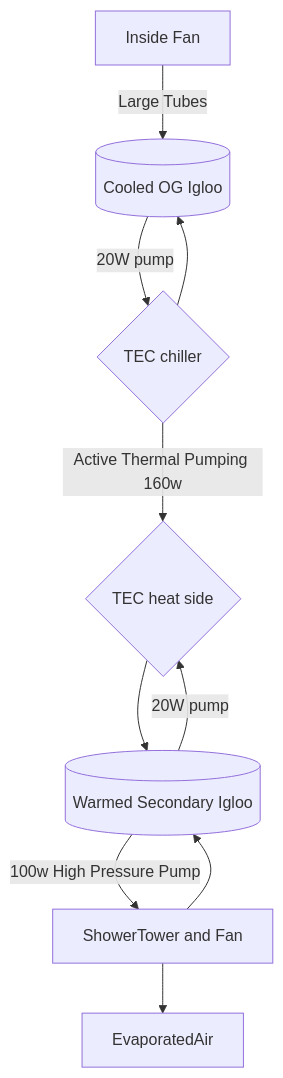
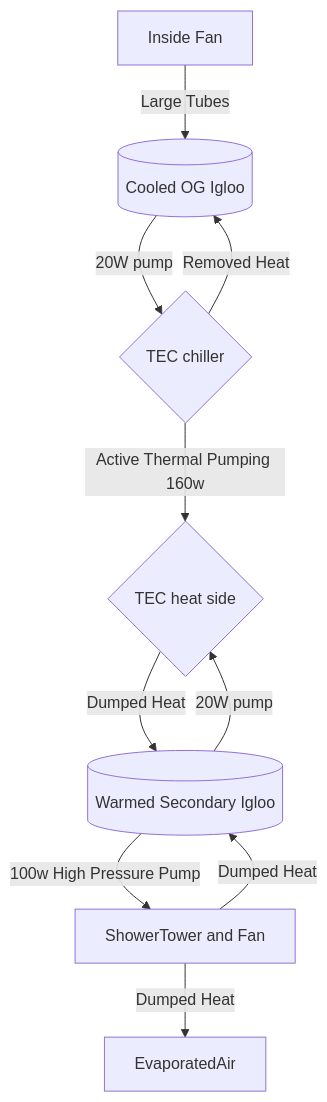
Before and after one commit to ericdmoore/casitaAzul: the diagram in src/cooling/readme.md, drawn with Mermaid.

Commit message:
diagram updates.8

````diff
--- a/src/cooling/readme.md
+++ b/src/cooling/readme.md
@@ -28,13 +28,13 @@
 ```mermaid
 flowchart TD
 
    IDU[Inside Fan] -->|Large Tubes| IDUtub[(Cooled OG Igloo)]
    IDUtub -->|20W pump| TECcold{TEC chiller}
-   TECcold --> IDUtub
+   TECcold --> |Removed Heat| IDUtub
    TECcold --> |Active Thermal Pumping 160w| TEChot{TEC heat side}
    ODUtub[(Warmed Secondary Igloo)] -->|20W pump| TEChot
-   TEChot --> ODUtub
+   TEChot -->|Dumped Heat| ODUtub
    ODUtub --> |100w High Pressure Pump| ShowerTower[ShowerTower and Fan]
-   ShowerTower --> ODUtub
-   ShowerTower --> EvaporatedAir
+   ShowerTower --> |Dumped Heat| ODUtub
+   ShowerTower --> |Dumped Heat| EvaporatedAir
 ```
````
